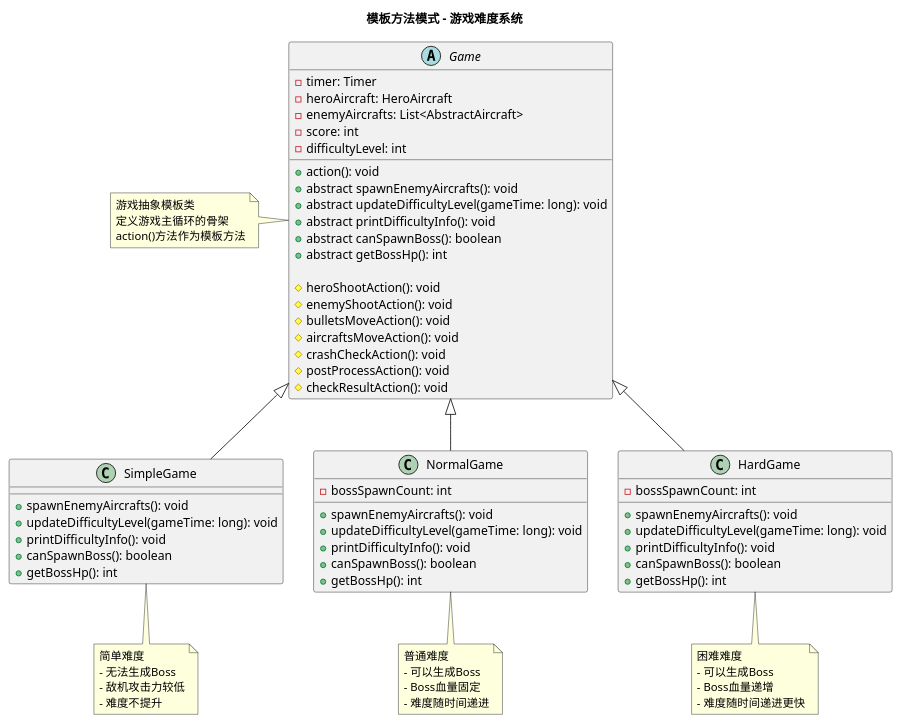
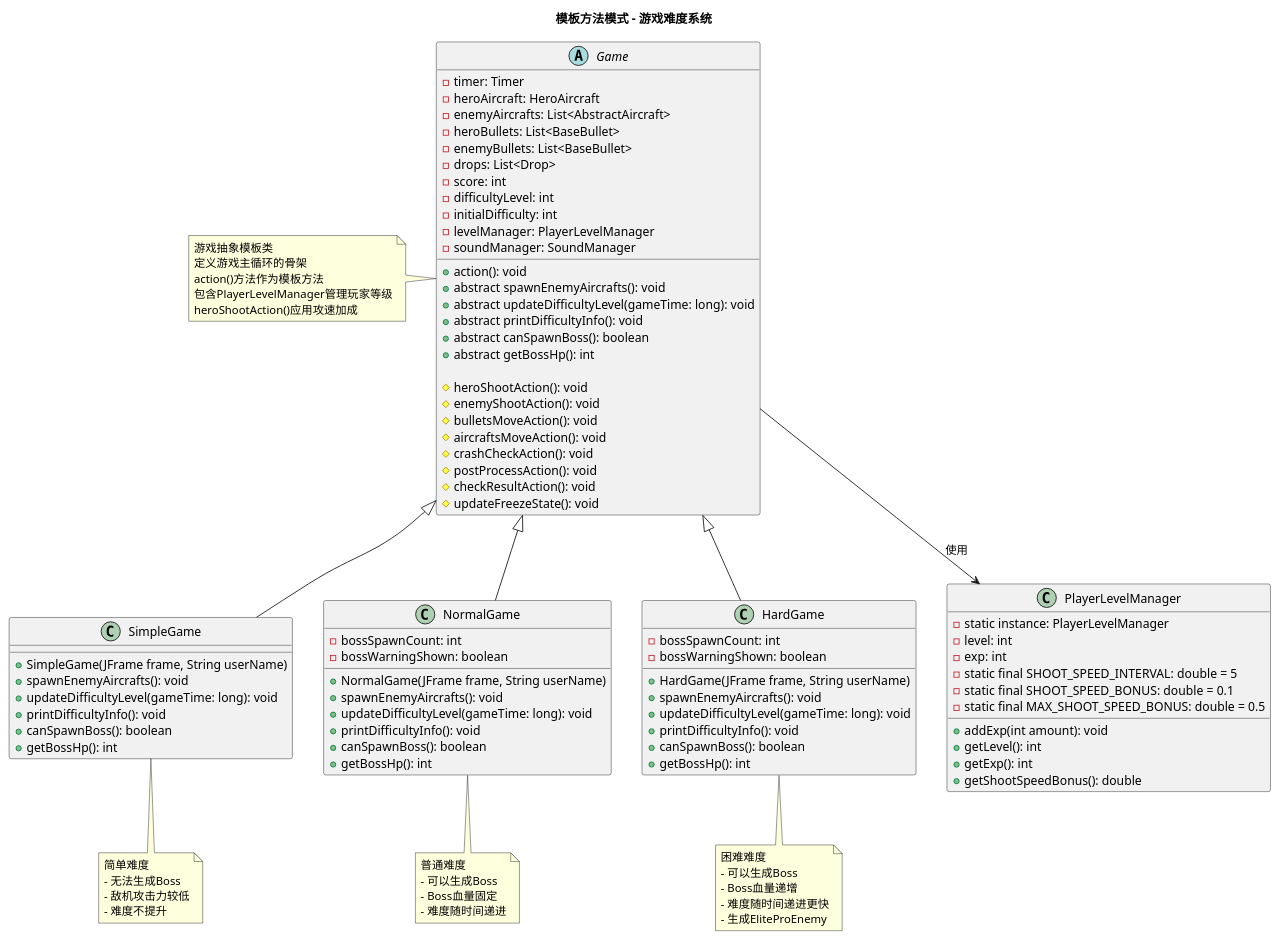
Before and after one commit to s-max-oss/AircraftWar-base: the diagram in TemplatePattern.puml, drawn with PlantUML. The commit also changed 15 other files, not shown here.

```diff
--- a/TemplatePattern.puml
+++ b/TemplatePattern.puml
@@ -1,85 +1,114 @@
 @startuml 模板方法模式
 
 title 模板方法模式 - 游戏难度系统
 
 abstract class Game {
     -timer: Timer
     -heroAircraft: HeroAircraft
     -enemyAircrafts: List<AbstractAircraft>
+    -heroBullets: List<BaseBullet>
+    -enemyBullets: List<BaseBullet>
+    -drops: List<Drop>
     -score: int
     -difficultyLevel: int
+    -initialDifficulty: int
+    -levelManager: PlayerLevelManager
+    -soundManager: SoundManager
     
     +action(): void
     +abstract spawnEnemyAircrafts(): void
     +abstract updateDifficultyLevel(gameTime: long): void
     +abstract printDifficultyInfo(): void
     +abstract canSpawnBoss(): boolean
     +abstract getBossHp(): int
     
     #heroShootAction(): void
     #enemyShootAction(): void
     #bulletsMoveAction(): void
     #aircraftsMoveAction(): void
     #crashCheckAction(): void
     #postProcessAction(): void
     #checkResultAction(): void
+    #updateFreezeState(): void
 }
 
 class SimpleGame {
+    +SimpleGame(JFrame frame, String userName)
     +spawnEnemyAircrafts(): void
     +updateDifficultyLevel(gameTime: long): void
     +printDifficultyInfo(): void
     +canSpawnBoss(): boolean
     +getBossHp(): int
 }
 
 class NormalGame {
     -bossSpawnCount: int
+    -bossWarningShown: boolean
+    +NormalGame(JFrame frame, String userName)
     +spawnEnemyAircrafts(): void
     +updateDifficultyLevel(gameTime: long): void
     +printDifficultyInfo(): void
     +canSpawnBoss(): boolean
     +getBossHp(): int
 }
 
 class HardGame {
     -bossSpawnCount: int
+    -bossWarningShown: boolean
+    +HardGame(JFrame frame, String userName)
     +spawnEnemyAircrafts(): void
     +updateDifficultyLevel(gameTime: long): void
     +printDifficultyInfo(): void
     +canSpawnBoss(): boolean
     +getBossHp(): int
 }
 
+class PlayerLevelManager {
+    -static instance: PlayerLevelManager
+    -level: int
+    -exp: int
+    -static final SHOOT_SPEED_INTERVAL: double = 5
+    -static final SHOOT_SPEED_BONUS: double = 0.1
+    -static final MAX_SHOOT_SPEED_BONUS: double = 0.5
+    +addExp(int amount): void
+    +getLevel(): int
+    +getExp(): int
+    +getShootSpeedBonus(): double
+}
+
 Game <|-- SimpleGame
 Game <|-- NormalGame
 Game <|-- HardGame
+Game --> PlayerLevelManager : 使用
 
 note left of Game
   游戏抽象模板类
   定义游戏主循环的骨架
   action()方法作为模板方法
+  包含PlayerLevelManager管理玩家等级
+  heroShootAction()应用攻速加成
 end note
 
 note bottom of SimpleGame
   简单难度
   - 无法生成Boss
   - 敌机攻击力较低
   - 难度不提升
 end note
 
 note bottom of NormalGame
   普通难度
   - 可以生成Boss
   - Boss血量固定
   - 难度随时间递进
 end note
 
 note bottom of HardGame
   困难难度
   - 可以生成Boss
   - Boss血量递增
   - 难度随时间递进更快
+  - 生成EliteProEnemy
 end note
 
 @enduml
```
